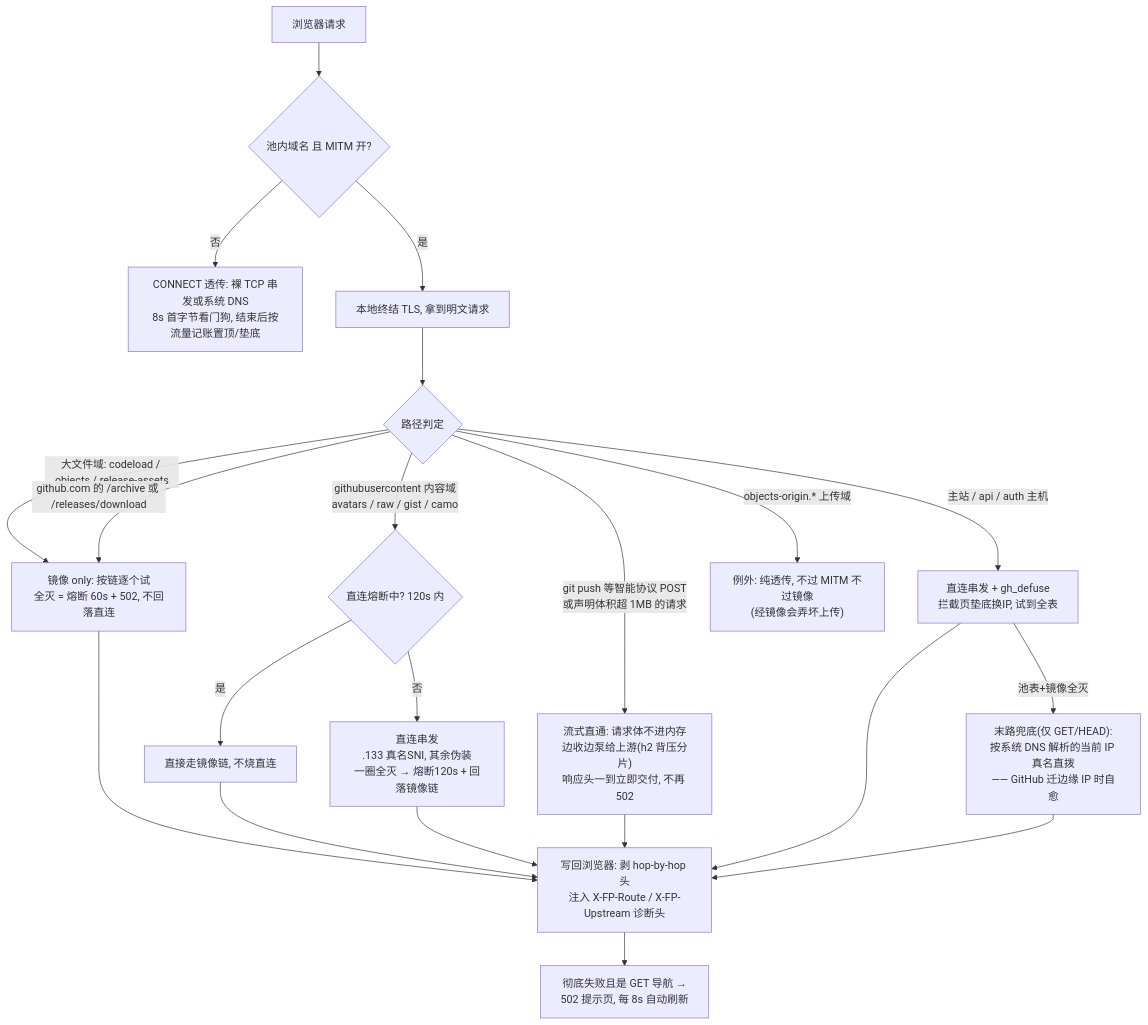
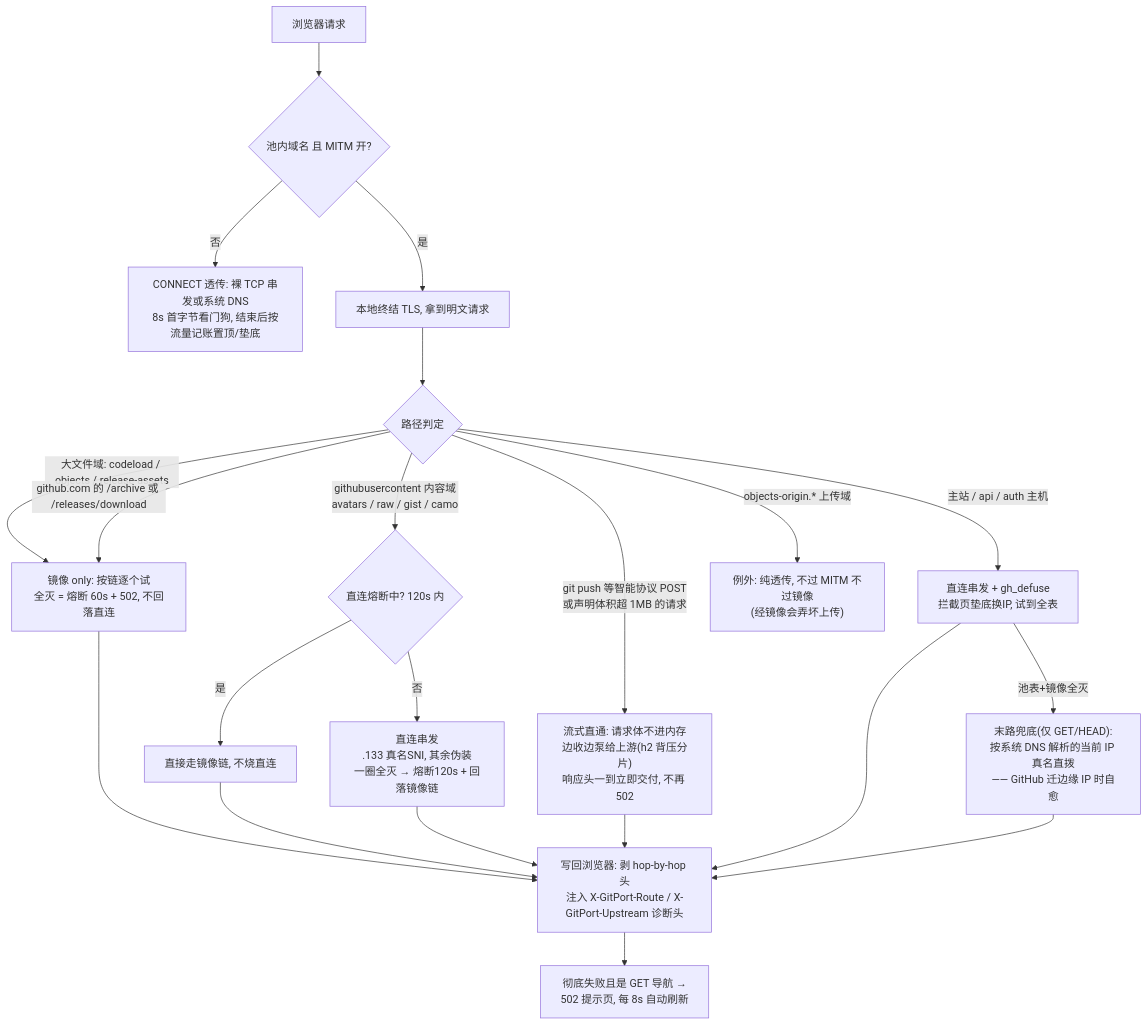
One commit to zhidian-cmd/gitport-github changed the second of 4 diagrams in README.md. Above: the diagram before and after it, drawn with Mermaid. The commit also changed other lines of this file and 17 other files, not shown here.

````diff
--- a/README.md
+++ b/README.md
@@ -122,23 +121,23 @@
 ```mermaid
 flowchart TD
     A["浏览器请求"] --> B{"池内域名 且 MITM 开?"}
     B -->|"否"| Z1["CONNECT 透传: 裸 TCP 串发或系统 DNS<br/>8s 首字节看门狗, 结束后按流量记账置顶/垫底"]
     B -->|"是"| C["本地终结 TLS, 拿到明文请求"]
     C --> D{"路径判定"}
     D -->|"git push 等智能协议 POST<br/>或声明体积超 1MB 的请求"| S["流式直通: 请求体不进内存<br/>边收边泵给上游(h2 背压分片)<br/>响应头一到立即交付, 不再 502"]
     D -->|"大文件域: codeload / objects / release-assets"| E["镜像 only: 按链逐个试<br/>全灭 = 熔断 60s + 502, 不回落直连"]
     D -->|"github.com 的 /archive 或 /releases/download"| E
     D -->|"githubusercontent 内容域<br/>avatars / raw / gist / camo"| F{"直连熔断中? 120s 内"}
     F -->|"是"| E2["直接走镜像链, 不烧直连"]
     F -->|"否"| G["直连串发<br/>.133 真名SNI, 其余伪装<br/>一圈全灭 → 熔断120s + 回落镜像链"]
     D -->|"主站 / api / auth 主机"| H["直连串发 + gh_defuse<br/>拦截页垫底换IP, 试到全表"]
     D -->|"objects-origin.* 上传域"| Z2["例外: 纯透传, 不过 MITM 不过镜像<br/>(经镜像会弄坏上传)"]
-    E --> R["写回浏览器: 剥 hop-by-hop 头<br/>注入 X-FP-Route / X-FP-Upstream 诊断头"]
+    E --> R["写回浏览器: 剥 hop-by-hop 头<br/>注入 X-GitPort-Route / X-GitPort-Upstream 诊断头"]
     E2 --> R
     G --> R
     S --> R
     H -->|"池表+镜像全灭"| Z3["末路兜底(仅 GET/HEAD):<br/>按系统 DNS 解析的当前 IP 真名直拨<br/>—— GitHub 迁边缘 IP 时自愈"]
     H --> R
     Z3 --> R
     R --> X["彻底失败且是 GET 导航 →<br/>502 提示页, 每 8s 自动刷新"]
 ```
````
